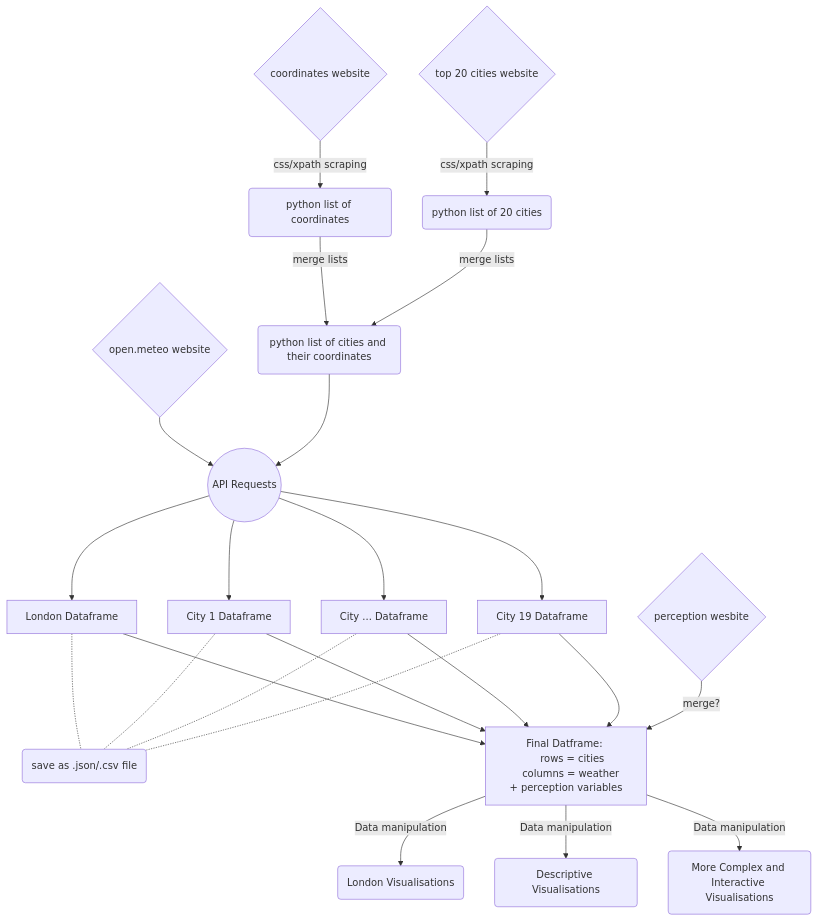
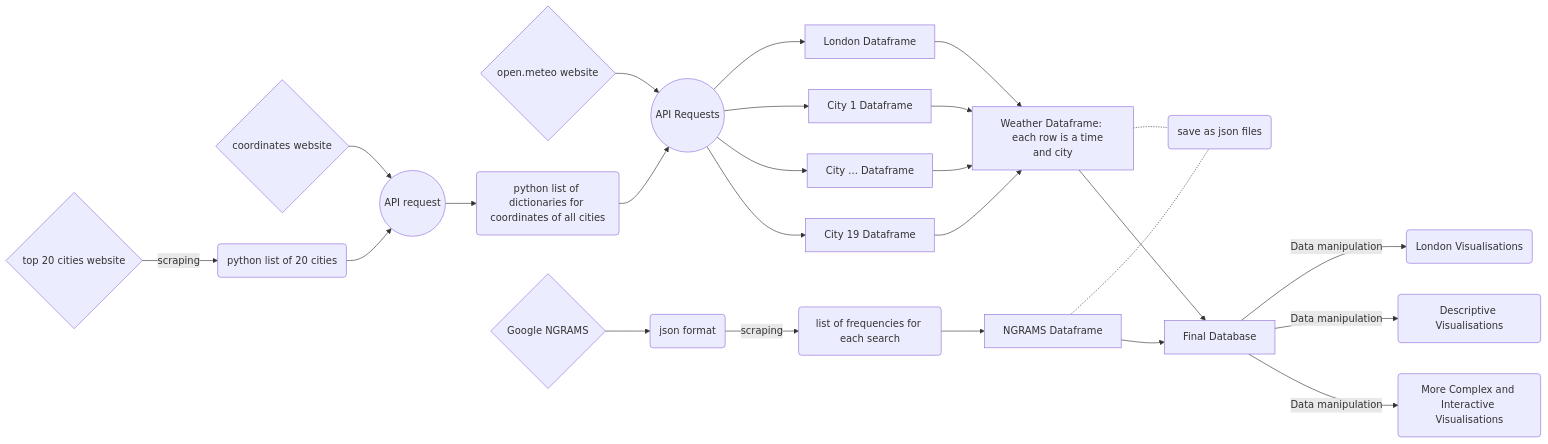
One commit to lse-ds105/ds105w-project-rubber-ducks changed the diagram in docs/mermaid.md. Above: the diagram before and after it, drawn with Mermaid. The commit also changed other lines of this file, not shown here.

Commit message:
Correcting the Mermaid graph

````diff
--- a/docs/mermaid.md
+++ b/docs/mermaid.md
@@ -1,27 +1,28 @@
 ``` mermaid
-flowchart TD
+flowchart LR
     A{open.meteo website} --> L((API Requests))
     L --> B[London Dataframe]
     L --> C[City 1 Dataframe]
     L --> D[City ... Dataframe]
     L --> E[City 19 Dataframe]
-    B -.- F(save as .json/.csv file)
-    C -.- F
-    D -.- F
-    E -.- F
-    G{top 20 cities website} -->|css/xpath scraping| H(python list of 20 cities)
-    I{coordinates website} -->|css/xpath scraping| J(python list of coordinates)
-    J -->|merge lists| K(python list of cities and their coordinates)
-    H -->|merge lists| K
+    G{top 20 cities website} -->|scraping| H(python list of 20 cities)
+    I{coordinates website} --> J((API request))
+    H --> J
+    J --> K(python list of dictionaries for coordinates of all cities)
     K --> L
-    B --> M[Final Datframe: 
-    rows = cities
-    columns = weather + perception variables]
+    B --> M[Weather Dataframe: 
+    each row is a time and city]
     C --> M
     D --> M
     E --> M
-    N{perception wesbite} -->|merge?| M
-    M -->|Data manipulation| O(London Visualisations)
-    M -->|Data manipulation| Q(Descriptive Visualisations)
-    M -->|Data manipulation| R(More Complex and Interactive Visualisations)
+    M -.- F(save as json files)
+    N{Google NGRAMS} --> S(json format)
+    S --> |scraping| T(list of frequencies for each search)
+    T --> U[NGRAMS Dataframe]
+    U -.- F
+    M --> V[Final Database]
+    U --> V
+    V -->|Data manipulation| O(London Visualisations)
+    V -->|Data manipulation| Q(Descriptive Visualisations)
+    V -->|Data manipulation| R(More Complex and Interactive Visualisations)
 ```
````
